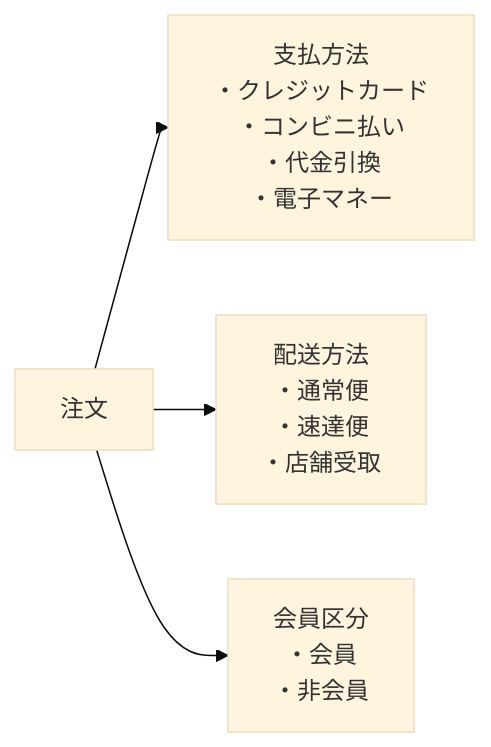
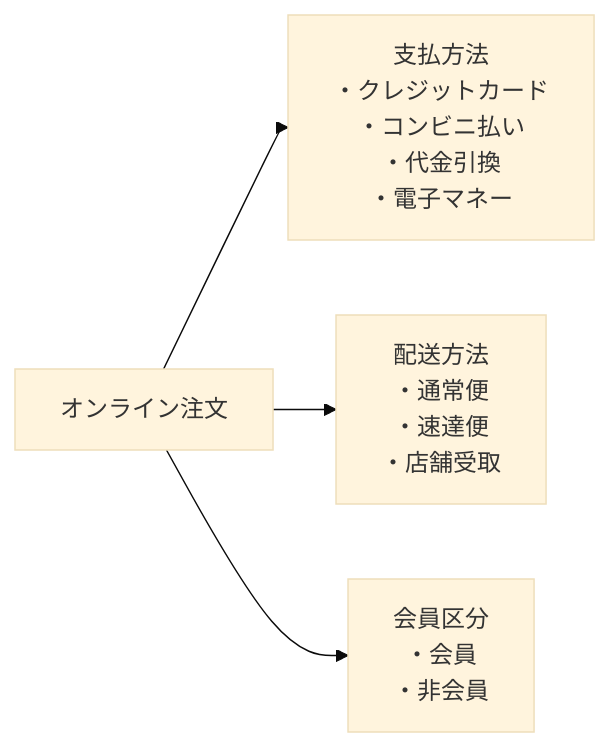
One commit to ozaki25/jstqb-foundation-training-ozaki25 changed the diagram in sites/al-ta/docs/lessons/lesson11/index.md. Above: the diagram before and after it, drawn with Mermaid (base theme). The commit also changed other lines of this file and 71 other files, not shown here.

````diff
--- a/sites/al-ta/docs/lessons/lesson11/index.md
+++ b/sites/al-ta/docs/lessons/lesson11/index.md
@@ -60,7 +60,7 @@
 ```mermaid
 %%{init: {"flowchart": {"rankSpacing": 10}}}%%
 flowchart LR
-    R[注文] --> P1[支払方法\n・クレジットカード\n・コンビニ払い\n・代金引換\n・電子マネー]
+    R[オンライン注文] --> P1[支払方法\n・クレジットカード\n・コンビニ払い\n・代金引換\n・電子マネー]
     R --> P2[配送方法\n・通常便\n・速達便\n・店舗受取]
     R --> P3[会員区分\n・会員\n・非会員]
 ```
````
